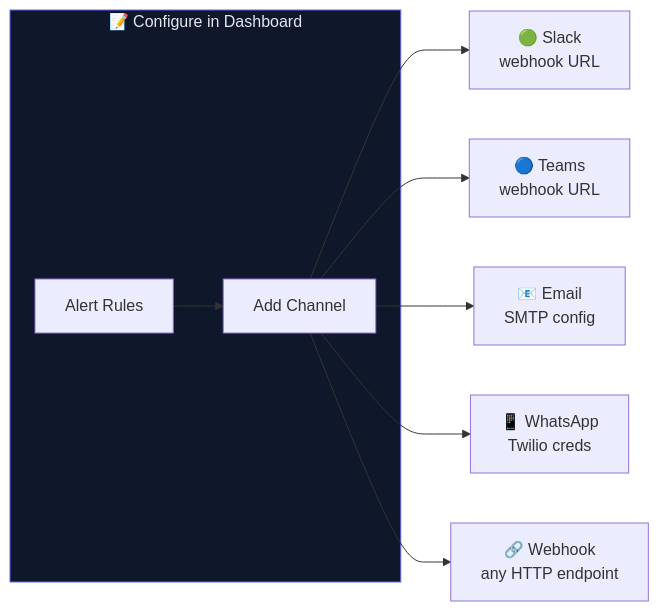
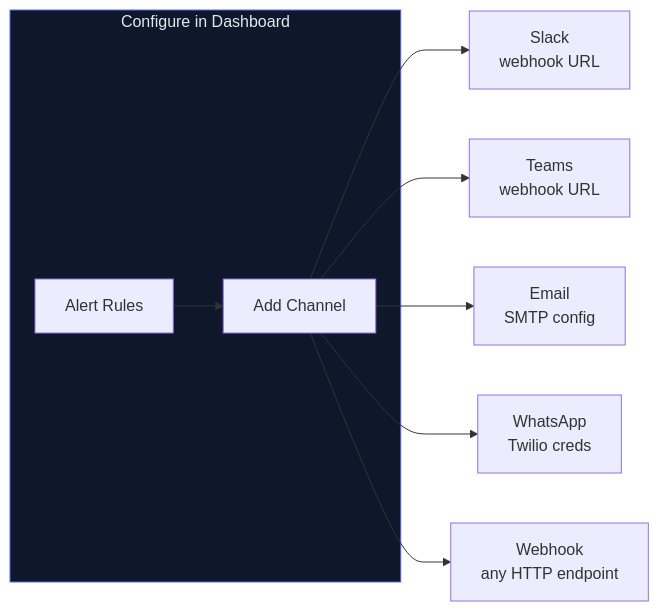
The seventh of 10 diagrams in README.md (Akshatsainiaks/srevox), drawn with Mermaid before and after one commit. The commit also changed other lines of this file, not shown here.

````diff
--- a/README.md
+++ b/README.md
@@ -679,14 +679,14 @@
 ```mermaid
 graph LR
-    subgraph CONFIG["📝 Configure in Dashboard"]
+    subgraph CONFIG["Configure in Dashboard"]
         A[Alert Rules] --> B[Add Channel]
     end
 
-    B --> SL[🟢 Slack\nwebhook URL]
-    B --> TE[🔵 Teams\nwebhook URL]
-    B --> EM[📧 Email\nSMTP config]
-    B --> WA[📱 WhatsApp\nTwilio creds]
-    B --> WH[🔗 Webhook\nany HTTP endpoint]
+    B --> SL[Slack\nwebhook URL]
+    B --> TE[Teams\nwebhook URL]
+    B --> EM[Email\nSMTP config]
+    B --> WA[WhatsApp\nTwilio creds]
+    B --> WH[Webhook\nany HTTP endpoint]
 
     style CONFIG fill:#0f172a,stroke:#6366f1,color:#e2e8f0
 ```
````
